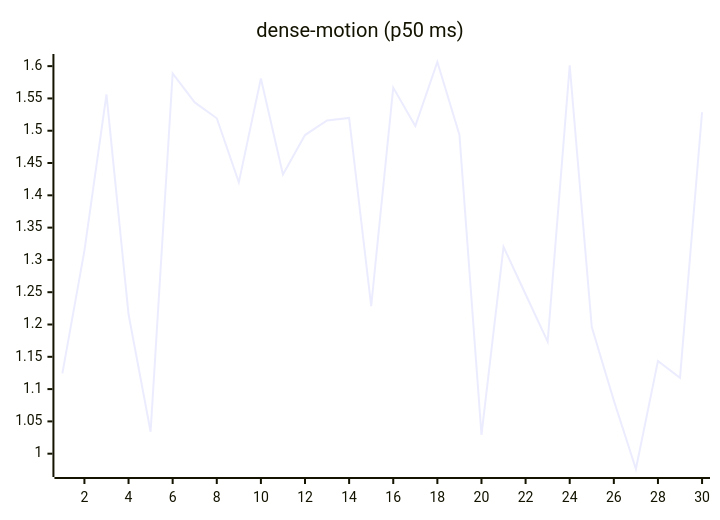
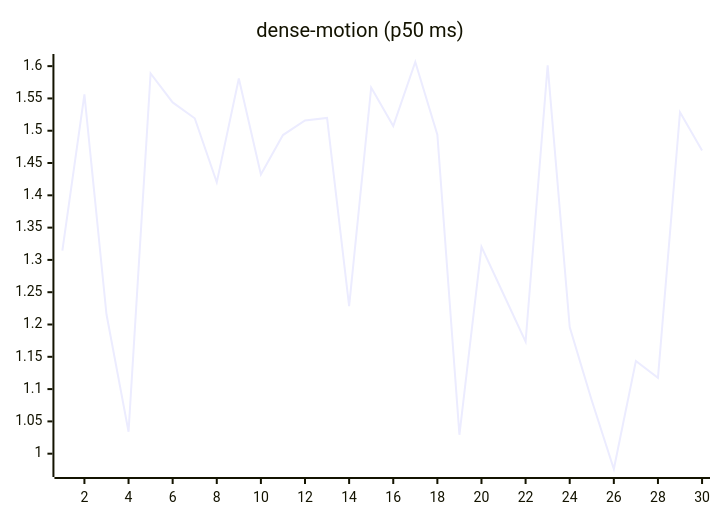
One commit to josha/Facet changed the ninth of 27 diagrams in README.md. Above: the diagram before and after it, drawn with Mermaid. The commit also changed other lines of this file and 2 other files, not shown here.

````diff
--- a/README.md
+++ b/README.md
@@ -119,6 +119,6 @@
 ```mermaid
 xychart-beta
     title "dense-motion (p50 ms)"
     x-axis 1 --> 30
-    line [1.1243, 1.3144, 1.5562, 1.2159, 1.0340, 1.5887, 1.5438, 1.5193, 1.4201, 1.5809, 1.4323, 1.4933, 1.5160, 1.5198, 1.2285, 1.5668, 1.5073, 1.6064, 1.4938, 1.0293, 1.3202, 1.2469, 1.1733, 1.6011, 1.1959, 1.0823, 0.9763, 1.1436, 1.1174, 1.5286]
+    line [1.3144, 1.5562, 1.2159, 1.0340, 1.5887, 1.5438, 1.5193, 1.4201, 1.5809, 1.4323, 1.4933, 1.5160, 1.5198, 1.2285, 1.5668, 1.5073, 1.6064, 1.4938, 1.0293, 1.3202, 1.2469, 1.1733, 1.6011, 1.1959, 1.0823, 0.9763, 1.1436, 1.1174, 1.5286, 1.4695]
 ```
````
